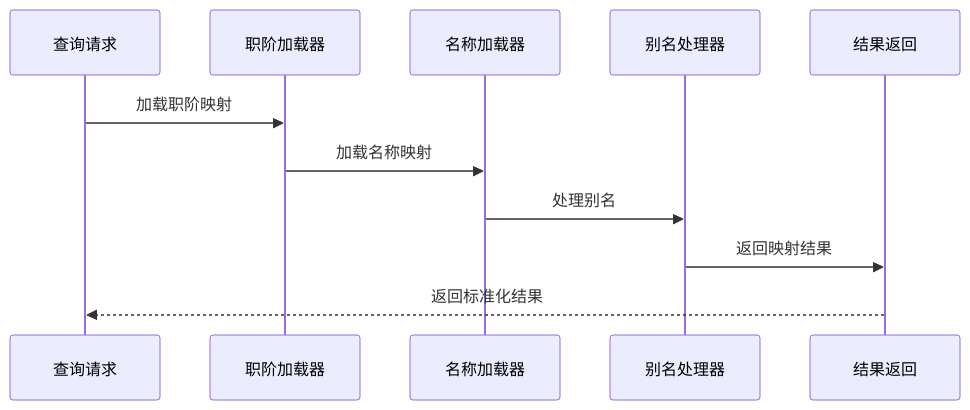
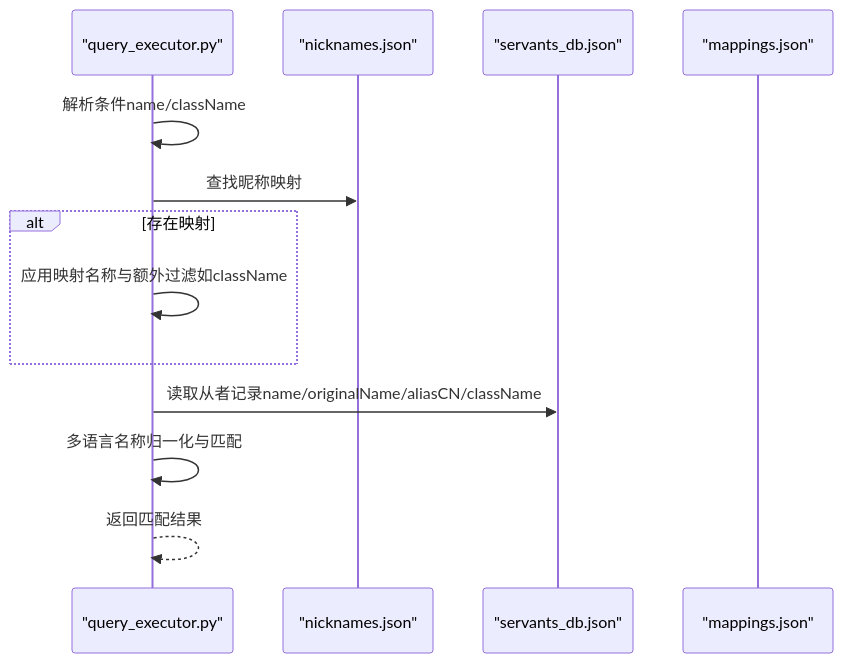
Before and after one commit to kanoha222/Laplace: the fourth of 7 diagrams in .qoder/repowiki/zh/content/知识库系统/职阶映射系统.md, drawn with Mermaid. The commit also changed other lines of this file and 54 other files, not shown here.

````diff
--- a/.qoder/repowiki/zh/content/知识库系统/职阶映射系统.md
+++ b/.qoder/repowiki/zh/content/知识库系统/职阶映射系统.md
@@ -372,13 +173,15 @@
 ```mermaid
 sequenceDiagram
-participant Query as 查询请求
-participant ClassLoader as 职阶加载器
-participant NameLoader as 名称加载器
-participant AliasProcessor as 别名处理器
-participant Result as 结果返回
-Query->>ClassLoader : 加载职阶映射
-ClassLoader->>NameLoader : 加载名称映射
-NameLoader->>AliasProcessor : 处理别名
-AliasProcessor->>Result : 返回映射结果
-Result-->>Query : 返回标准化结果
+participant Q as "query_executor.py"
+participant N as "nicknames.json"
+participant DB as "servants_db.json"
+participant M as "mappings.json"
+Q->>Q : 解析条件name/className
+Q->>N : 查找昵称映射
+alt 存在映射
+Q->>Q : 应用映射名称与额外过滤如className
+end
+Q->>DB : 读取从者记录name/originalName/aliasCN/className
+Q->>Q : 多语言名称归一化与匹配
+Q-->>Q : 返回匹配结果
 ```
````
